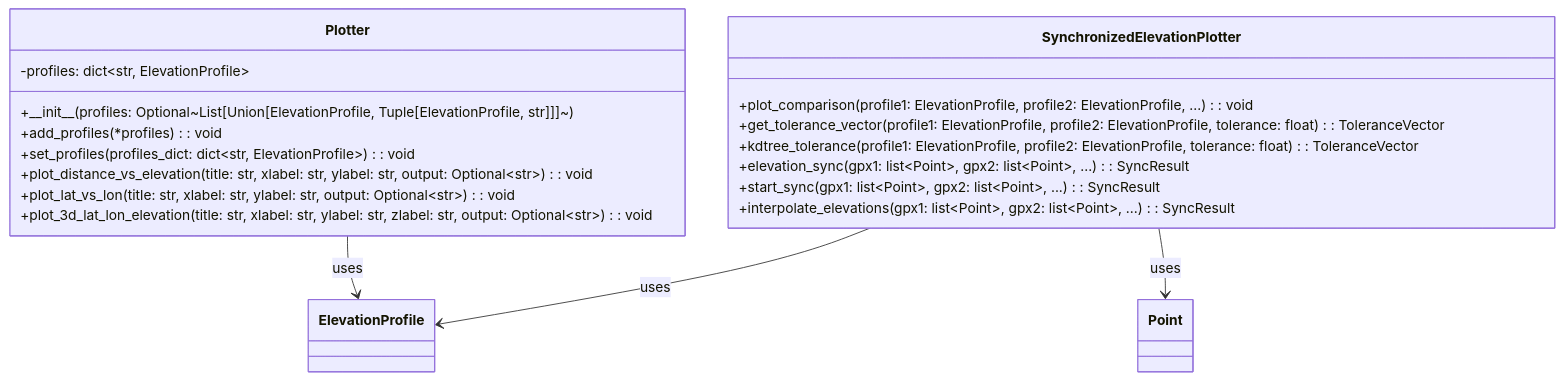
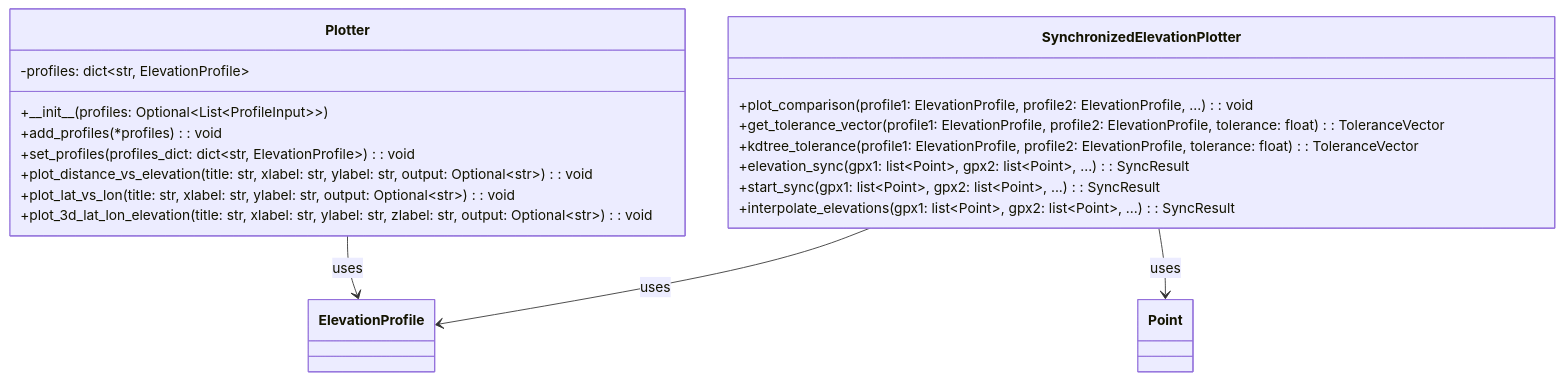
One commit to CAIProj/backend changed the diagram in docs/class_diagram_plotter.md. Above: the diagram before and after it, drawn with Mermaid. The commit also changed other lines of this file, not shown here.

Commit message:
Fixed type hint in `Plotter.__init__` for proper rendering.

````diff
--- a/docs/class_diagram_plotter.md
+++ b/docs/class_diagram_plotter.md
@@ -3,26 +3,26 @@
 ```mermaid
 classDiagram
 
     class Plotter {
         -profiles: dict~str, ElevationProfile~
-        +\_\_init\_\_(profiles: Optional~List[Union[ElevationProfile, Tuple[ElevationProfile, str]]]~)
+        +\_\_init\_\_(profiles: Optional~List~ProfileInput~~)
         +add_profiles(*profiles): void
         +set_profiles(profiles_dict: dict~str, ElevationProfile~): void
         +plot_distance_vs_elevation(title: str, xlabel: str, ylabel: str, output: Optional~str~): void
         +plot_lat_vs_lon(title: str, xlabel: str, ylabel: str, output: Optional~str~): void
         +plot_3d_lat_lon_elevation(title: str, xlabel: str, ylabel: str, zlabel: str, output: Optional~str~): void
     }
 
     class SynchronizedElevationPlotter {
         +plot_comparison(profile1: ElevationProfile, profile2: ElevationProfile, ...): void
         +get_tolerance_vector(profile1: ElevationProfile, profile2: ElevationProfile, tolerance: float): ToleranceVector
         +kdtree_tolerance(profile1: ElevationProfile, profile2: ElevationProfile, tolerance: float): ToleranceVector
         +elevation_sync(gpx1: list~Point~, gpx2: list~Point~, ...): SyncResult
         +start_sync(gpx1: list~Point~, gpx2: list~Point~, ...): SyncResult
         +interpolate_elevations(gpx1: list~Point~, gpx2: list~Point~, ...): SyncResult
     }
 
     Plotter --> ElevationProfile : uses
     SynchronizedElevationPlotter --> ElevationProfile : uses
     SynchronizedElevationPlotter --> Point : uses
 ```
````
